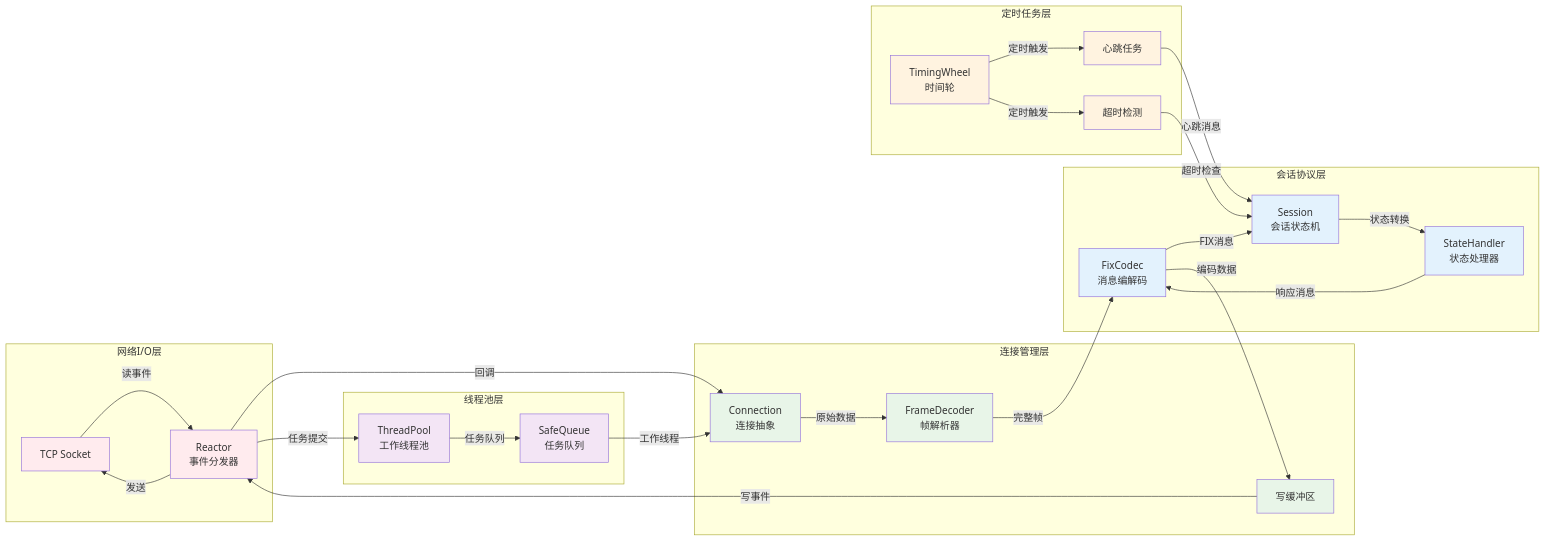
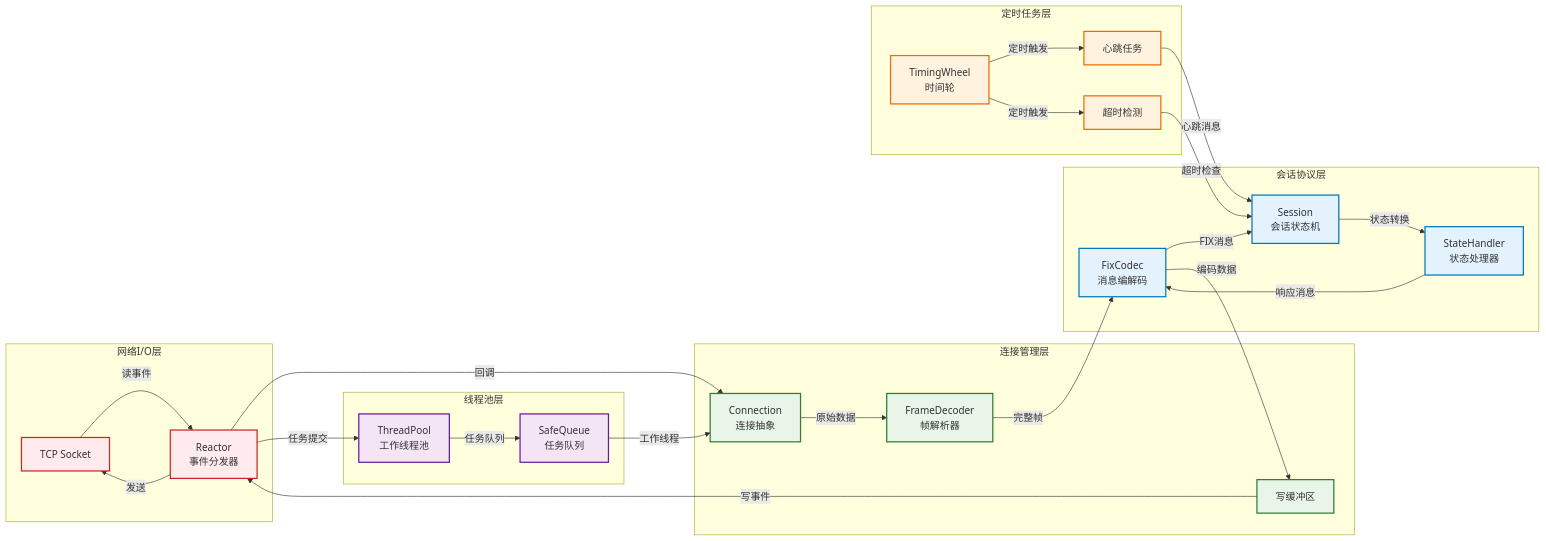
One commit to LittlePorcupine/FIX4.0_demo changed the sixth of 7 diagrams in README.md. Above: the diagram before and after it, drawn with Mermaid. The commit also changed other lines of this file, not shown here.

Commit message:
fix: 修复readme中的mermaid代码在github中的渲染

````diff
--- a/README.md
+++ b/README.md
@@ -420,66 +412,60 @@
 ```mermaid
 graph LR
     subgraph "网络I/O层"
-        Socket[TCP Socket]
-        Reactor[Reactor<br/>事件分发器]
+        Socket[TCP Socket]:::networkLayer
+        Reactor[Reactor<br/>事件分发器]:::networkLayer
     end
     
     subgraph "连接管理层"
-        Connection[Connection<br/>连接抽象]
-        FrameDecoder[FrameDecoder<br/>帧解析器]
-        WriteBuffer[写缓冲区]
+        Connection[Connection<br/>连接抽象]:::connectionLayer
+        FrameDecoder[FrameDecoder<br/>帧解析器]:::connectionLayer
+        WriteBuffer[写缓冲区]:::connectionLayer
     end
     
     subgraph "会话协议层"
-        Session[Session<br/>会话状态机]
-        StateHandler[StateHandler<br/>状态处理器]
-        FixCodec[FixCodec<br/>消息编解码]
+        Session[Session<br/>会话状态机]:::sessionLayer
+        StateHandler[StateHandler<br/>状态处理器]:::sessionLayer
+        FixCodec[FixCodec<br/>消息编解码]:::sessionLayer
     end
     
     subgraph "定时任务层"
-        TimingWheel[TimingWheel<br/>时间轮]
-        HeartbeatTask[心跳任务]
-        TimeoutTask[超时检测]
+        TimingWheel[TimingWheel<br/>时间轮]:::timerLayer
+        HeartbeatTask[心跳任务]:::timerLayer
+        TimeoutTask[超时检测]:::timerLayer
     end
     
     subgraph "线程池层"
-        ThreadPool[ThreadPool<br/>工作线程池]
-        SafeQueue[SafeQueue<br/>任务队列]
+        ThreadPool[ThreadPool<br/>工作线程池]:::threadLayer
+        SafeQueue[SafeQueue<br/>任务队列]:::threadLayer
     end
     
     %% 数据流向
     Socket -->|读事件| Reactor
     Reactor -->|回调| Connection
     Connection -->|原始数据| FrameDecoder
     FrameDecoder -->|完整帧| FixCodec
     FixCodec -->|FIX消息| Session
     Session -->|状态转换| StateHandler
     StateHandler -->|响应消息| FixCodec
     FixCodec -->|编码数据| WriteBuffer
     WriteBuffer -->|写事件| Reactor
     Reactor -->|发送| Socket
     
     %% 定时任务流
     TimingWheel -->|定时触发| HeartbeatTask
     TimingWheel -->|定时触发| TimeoutTask
     HeartbeatTask -->|心跳消息| Session
     TimeoutTask -->|超时检查| Session
     
     %% 线程池处理
     Reactor -->|任务提交| ThreadPool
     ThreadPool -->|任务队列| SafeQueue
     SafeQueue -->|工作线程| Connection
     
     %% 样式定义
-    classDef networkLayer fill:#ffebee
-    classDef connectionLayer fill:#e8f5e8
-    classDef sessionLayer fill:#e3f2fd
-    classDef timerLayer fill:#fff3e0
-    classDef threadLayer fill:#f3e5f5
-    
-    class Socket,Reactor networkLayer
-    class Connection,FrameDecoder,WriteBuffer connectionLayer
-    class Session,StateHandler,FixCodec sessionLayer
-    class TimingWheel,HeartbeatTask,TimeoutTask timerLayer
-    class ThreadPool,SafeQueue threadLayer
+    classDef networkLayer fill:#ffebee,stroke:#c62828,stroke-width:2px
+    classDef connectionLayer fill:#e8f5e8,stroke:#2e7d32,stroke-width:2px
+    classDef sessionLayer fill:#e3f2fd,stroke:#0277bd,stroke-width:2px
+    classDef timerLayer fill:#fff3e0,stroke:#ef6c00,stroke-width:2px
+    classDef threadLayer fill:#f3e5f5,stroke:#6a1b9a,stroke-width:2px
 ```
````
